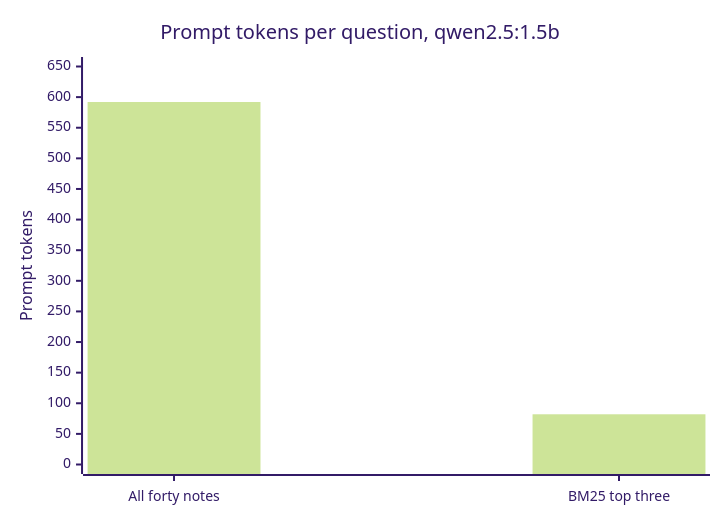
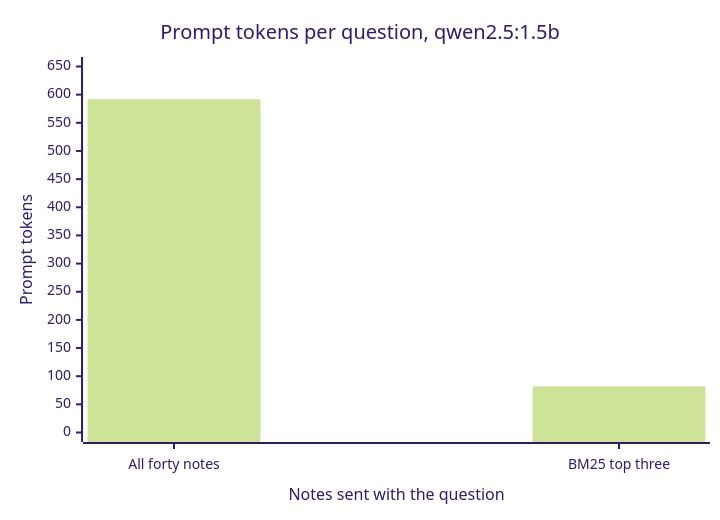
One commit to profrodai/sovereign-agent changed the second of 5 diagrams in book/textbook/ch05/profrod-sovereign-agent-ch05-durable-memory-chapter.md. Above: the diagram before and after it, drawn with Mermaid (forest theme). The commit also changed other lines of this file and 14 other files, not shown here.

First line of the commit message:
Make every chart readable on its own: named series, titled axes, captions that explain

````diff
--- a/book/textbook/ch05/profrod-sovereign-agent-ch05-durable-memory-chapter.md
+++ b/book/textbook/ch05/profrod-sovereign-agent-ch05-durable-memory-chapter.md
@@ -263,7 +263,7 @@
 ```mermaid
 xychart-beta
     title "Prompt tokens per question, qwen2.5:1.5b"
-    x-axis ["All forty notes", "BM25 top three"]
+    x-axis "Notes sent with the question" ["All forty notes", "BM25 top three"]
     y-axis "Prompt tokens" 0 --> 650
     bar [592, 82]
 ```
````
